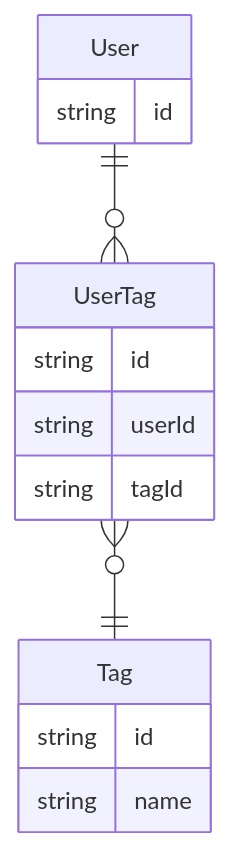
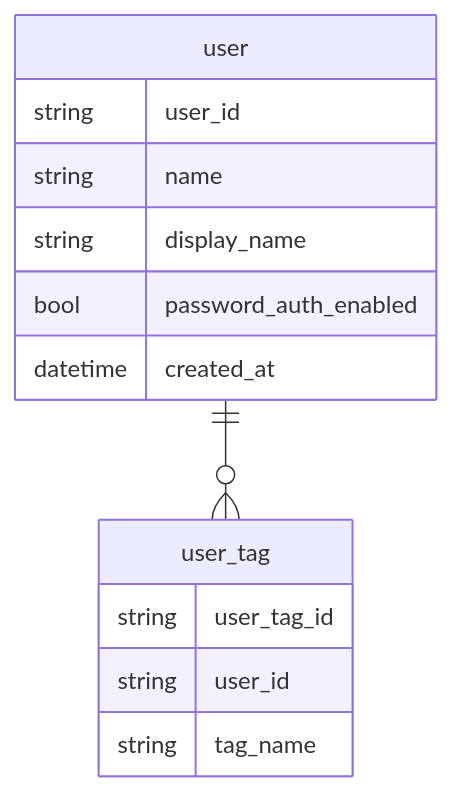
The sixth of 8 diagrams in backend/docs/db.md (frost-community/frost), drawn with Mermaid before and after one commit. The commit also changed other lines of this file, not shown here.

````diff
--- a/backend/docs/db.md
+++ b/backend/docs/db.md
@@ -114,21 +131,18 @@
 ```mermaid
 erDiagram
-  User {
-    string id
+  user {
+    string user_id
+    string name
+    string display_name
+    bool password_auth_enabled
+    datetime created_at
   }
 
-  User ||--o{ UserTag : ""
+  user ||--o{ user_tag : ""
 
-  UserTag {
-    string id
-    string userId
-    string tagId
-  }
-
-  UserTag }o--|| Tag : ""
-
-  Tag {
-    string id
-    string name
+  user_tag {
+    string user_tag_id
+    string user_id
+    string tag_name
   }
 ```
````
